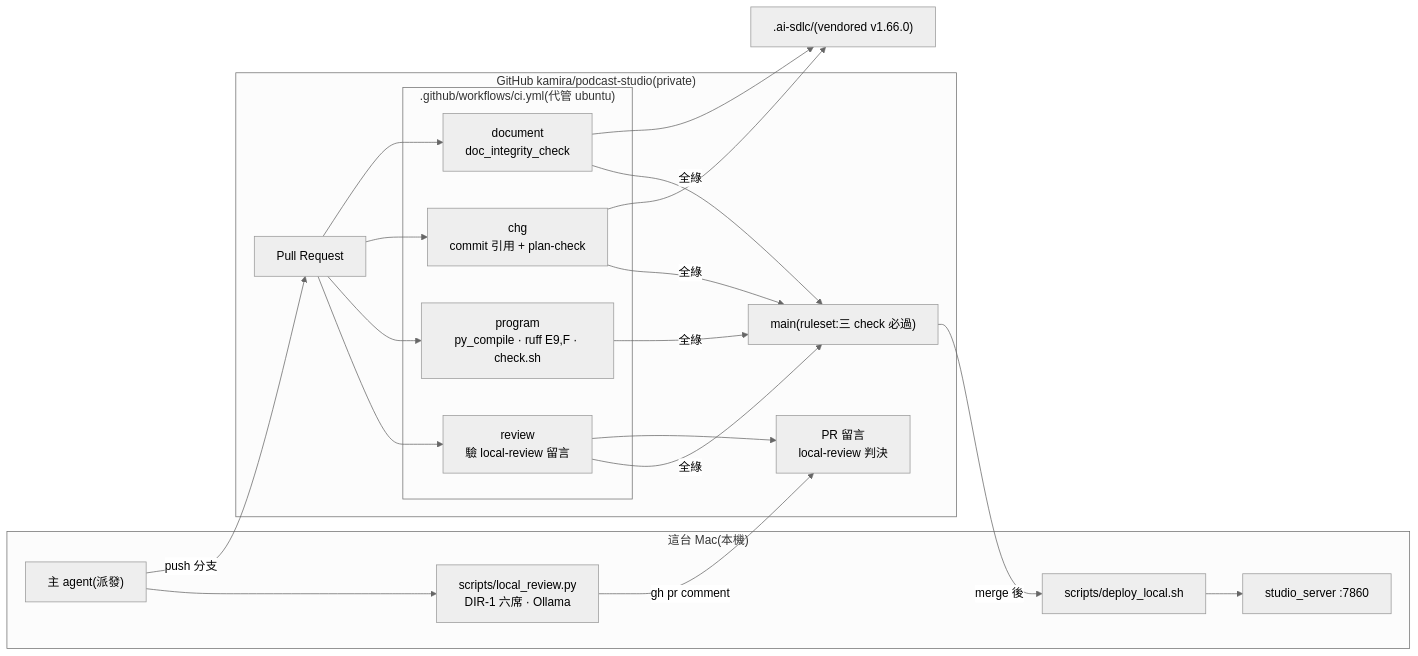
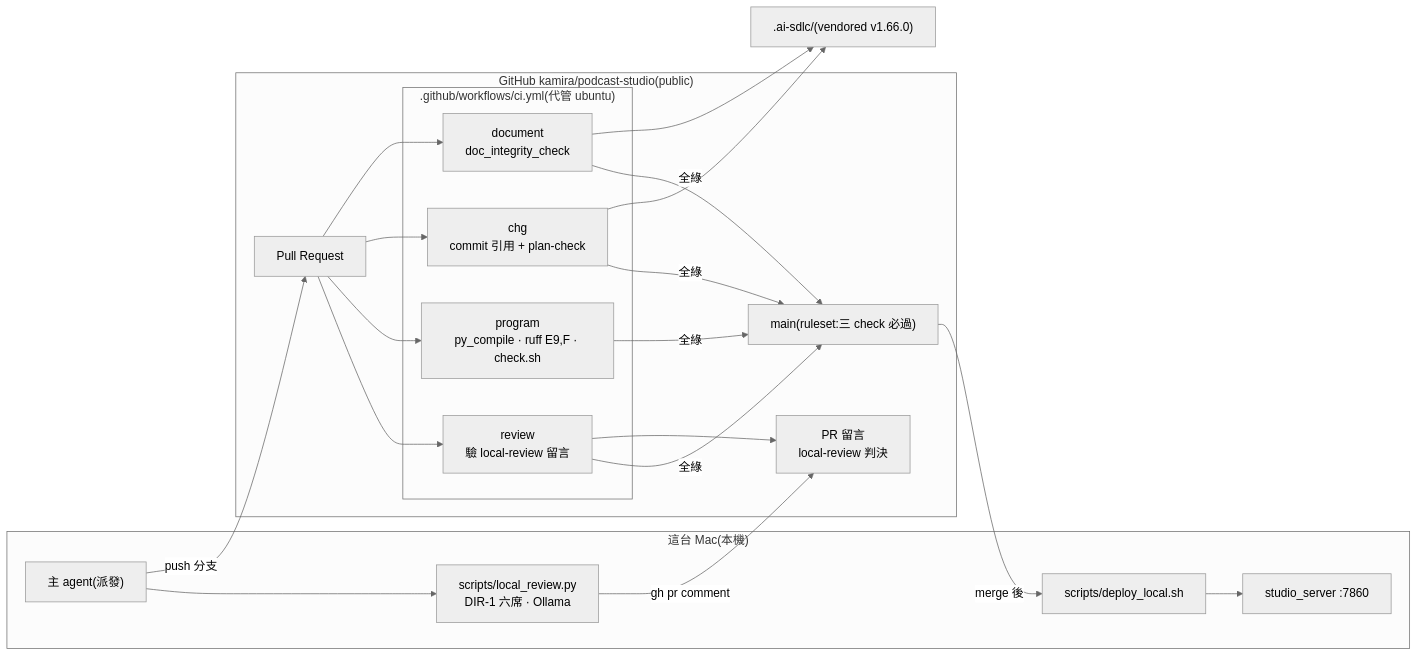
The first of 2 diagrams in docs/changes/CHG-20261022-03.md (kamira/podcast-studio), drawn with Mermaid (neutral theme) before and after one commit. The commit also changed other lines of this file, not shown here.

````diff
--- a/docs/changes/CHG-20261022-03.md
+++ b/docs/changes/CHG-20261022-03.md
@@ -52,28 +52,28 @@
 ```mermaid
 flowchart LR
   subgraph Mac["這台 Mac(本機)"]
     DISP["主 agent(派發)"]
     LR["scripts/local_review.py<br/>DIR-1 六席 · Ollama"]
     DEP["scripts/deploy_local.sh"]
     APP["studio_server :7860"]
   end
-  subgraph GH["GitHub kamira/podcast-studio(private)"]
+  subgraph GH["GitHub kamira/podcast-studio(public)"]
     PR["Pull Request"]
     CMT["PR 留言<br/>local-review 判決"]
     subgraph CI[".github/workflows/ci.yml(代管 ubuntu)"]
       J1["document<br/>doc_integrity_check"]
       J2["chg<br/>commit 引用 + plan-check"]
       J3["program<br/>py_compile · ruff E9,F · check.sh"]
       J4["review<br/>驗 local-review 留言"]
     end
     MAIN["main(ruleset:三 check 必過)"]
   end
   VEN[".ai-sdlc/(vendored v1.66.0)"]
   DISP -- push 分支 --> PR
   DISP --> LR -- gh pr comment --> CMT
   PR --> J1 & J2 & J3 & J4
   J1 & J2 --> VEN
   J4 --> CMT
   J1 & J2 & J3 & J4 -- 全綠 --> MAIN
   MAIN -- merge 後 --> DEP --> APP
 ```
````
